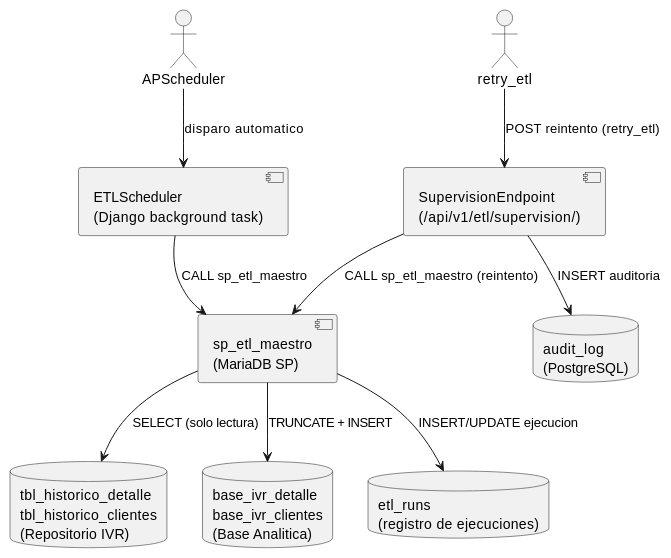
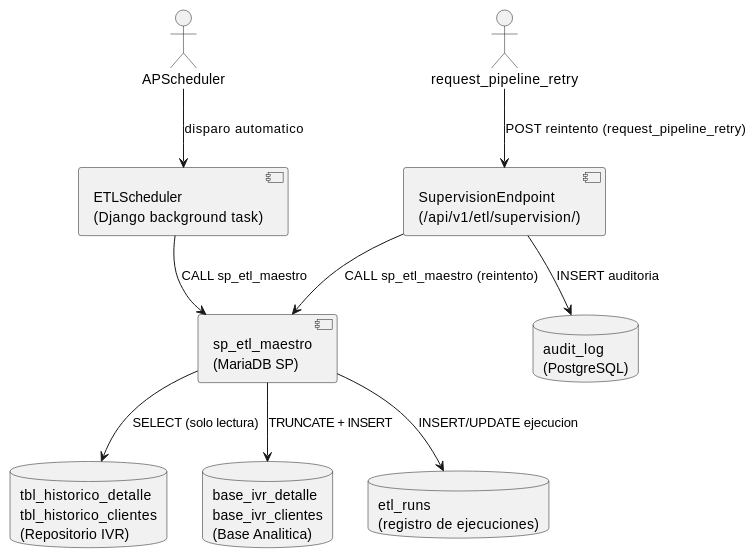
Before and after one commit to jcg-admin/IACT-docs: the third of 3 diagrams in source/arquitectura-tecnica/modulos/etl-monitoring/diagramas.rst, drawn with PlantUML. The commit also changed other lines of this file and 157 other files, not shown here.

First line of the commit message:
Enforce catalog function names across all diagrams

```diff
--- a/source/arquitectura-tecnica/modulos/etl-monitoring/diagramas.rst
+++ b/source/arquitectura-tecnica/modulos/etl-monitoring/diagramas.rst
@@ -79,27 +79,27 @@
 .. uml::
  :caption: Componentes de MOD_Pipeline y sus dependencias de datos.
 
  @startuml
 
  actor "APScheduler" as SCH
- actor "retry_etl" as USR
+ actor "request_pipeline_retry" as USR
 
  component "sp_etl_maestro\n(MariaDB SP)" as ETL_SP
  component "SupervisionEndpoint\n(/api/v1/etl/supervision/)" as SVC
  component "ETLScheduler\n(Django background task)" as SCHED
 
  database "tbl_historico_detalle\ntbl_historico_clientes\n(Repositorio IVR)" as HIST
  database "base_ivr_detalle\nbase_ivr_clientes\n(Base Analitica)" as ANAL
  database "etl_runs\n(registro de ejecuciones)" as RUNS
  database "audit_log\n(PostgreSQL)" as AUDIT
 
  SCH --> SCHED : disparo automatico
- USR --> SVC : POST reintento (retry_etl)
+ USR --> SVC : POST reintento (request_pipeline_retry)
  SCHED --> ETL_SP : CALL sp_etl_maestro
  SVC --> ETL_SP : CALL sp_etl_maestro (reintento)
  ETL_SP --> HIST : SELECT (solo lectura)
  ETL_SP --> ANAL : TRUNCATE + INSERT
  ETL_SP --> RUNS : INSERT/UPDATE ejecucion
  SVC --> AUDIT : INSERT auditoria
 
  @enduml
```
